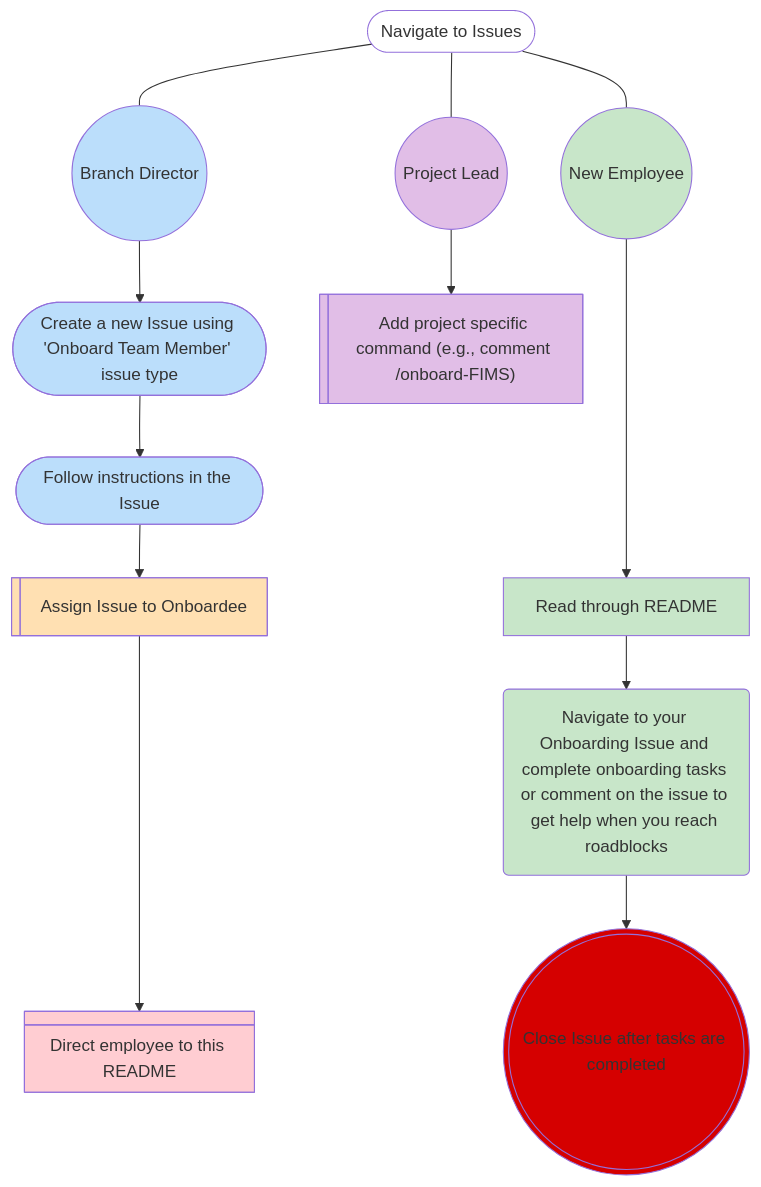
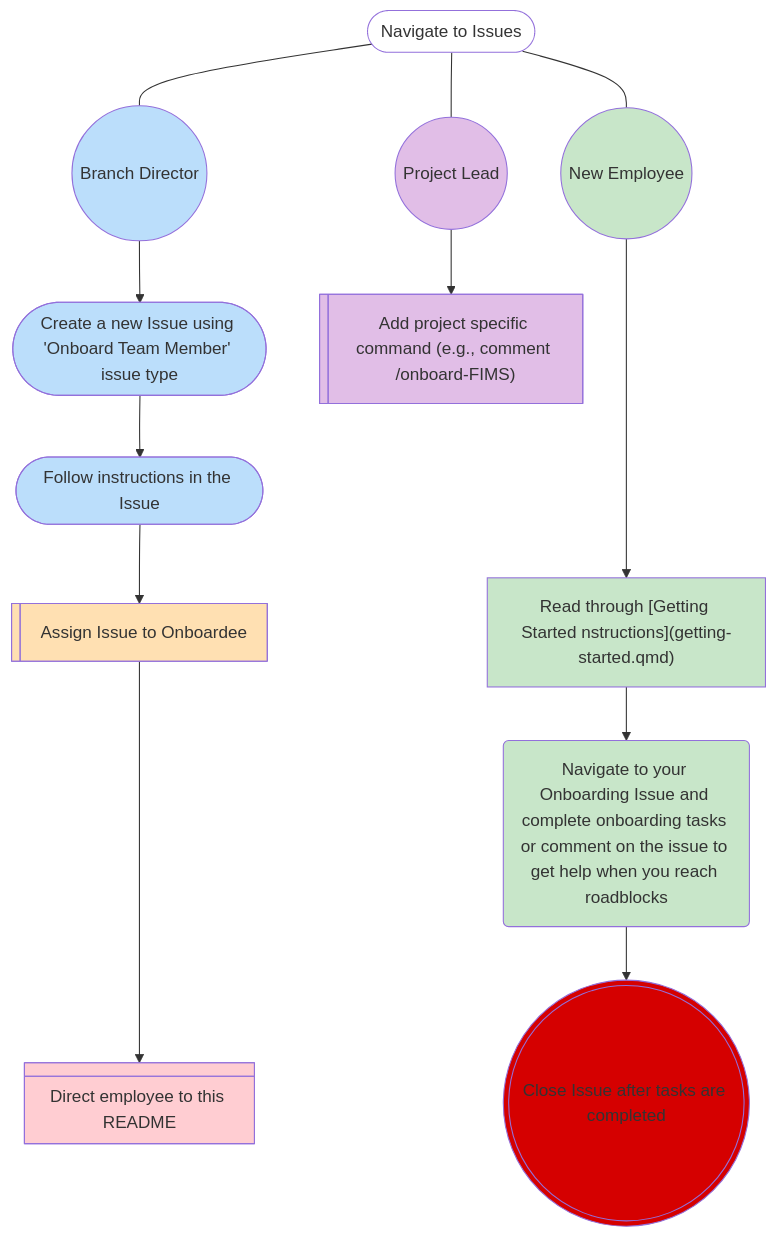
Before and after one commit to nmfs-ost/on-off-boarding: the diagram in getting-started.qmd, drawn with Mermaid. The commit also changed other lines of this file and 2 other files, not shown here.

````diff
--- a/getting-started.qmd
+++ b/getting-started.qmd
@@ -8,35 +20,35 @@
 ```mermaid
 ---
 config:
   theme: default
 ---
 
 flowchart TD;
     A(["Navigate to Issues"]) --- A0(("Branch Director")) & A1(("New Employee")) & PL(("Project Lead"));
     A0 --> B(["Create a new Issue using 'Onboard Team Member' issue type"]);
-    A1 ----> G["Read through README"];
+    A1 ----> G["Read through [Getting Started nstructions](getting-started.qmd)"];
     B --> C(["Follow instructions in the Issue"]);
     C --> E["Assign Issue to Onboardee"];
     PL --> D["Add project specific command (e.g., comment /onboard-FIMS)"];
     G --> new("Navigate to your Onboarding Issue and complete onboarding tasks or comment on the issue to get help when you reach roadblocks");
     new --> F["Close Issue after tasks are completed"];
     E ---> H["Direct employee to this README"];
 
     E@{ shape: lin-rect};
     D@{ shape: lin-rect};
     F@{ shape: dbl-circ};
     H@{ shape: div-rect};
     style A fill:transparent;
     style A0 fill:#BBDEFB;
     style A1 fill:#C8E6C9;
     style PL fille:#F54927,fill:#E1BEE7,color:none;
     style B fill:#BBDEFB;
     style G fill:#C8E6C9;
     style C fill:#BBDEFB;
     style E fill:#FFE0B2;
     style D fill:#E1BEE7;
     style new fill:#C8E6C9;
     style F fill:#D50000;
     style H fill:#FFCDD2;
     click A "https://github.com/nmfs-ost/on-off-boarding/issues";
 ```
````
